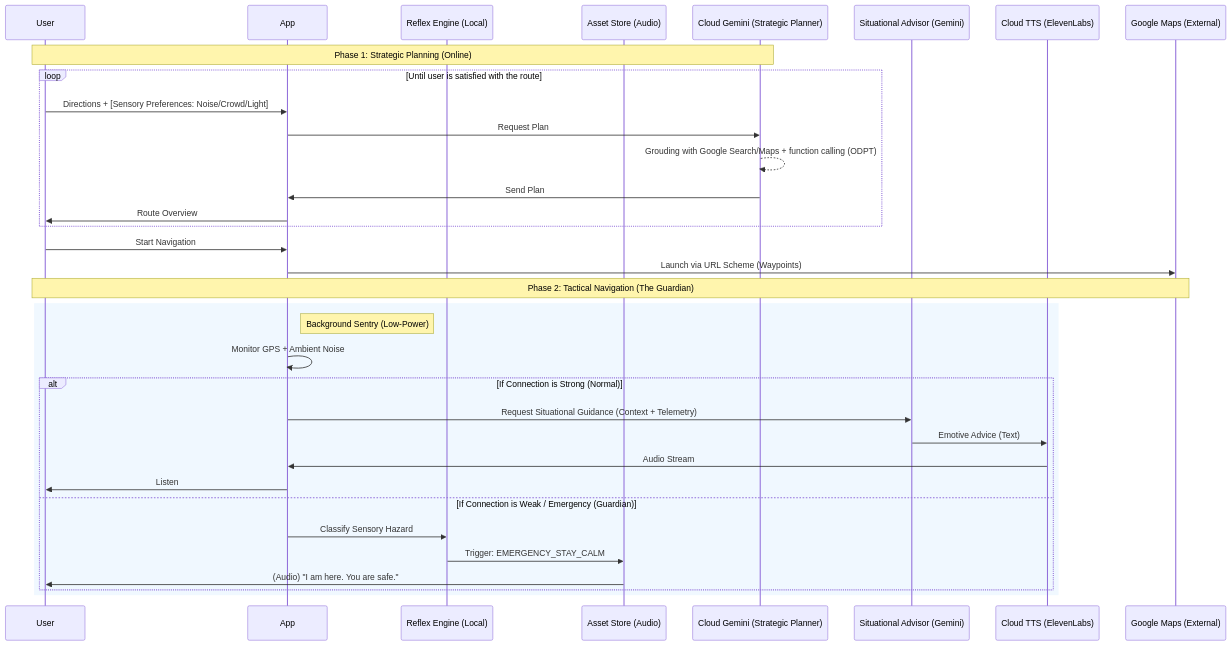
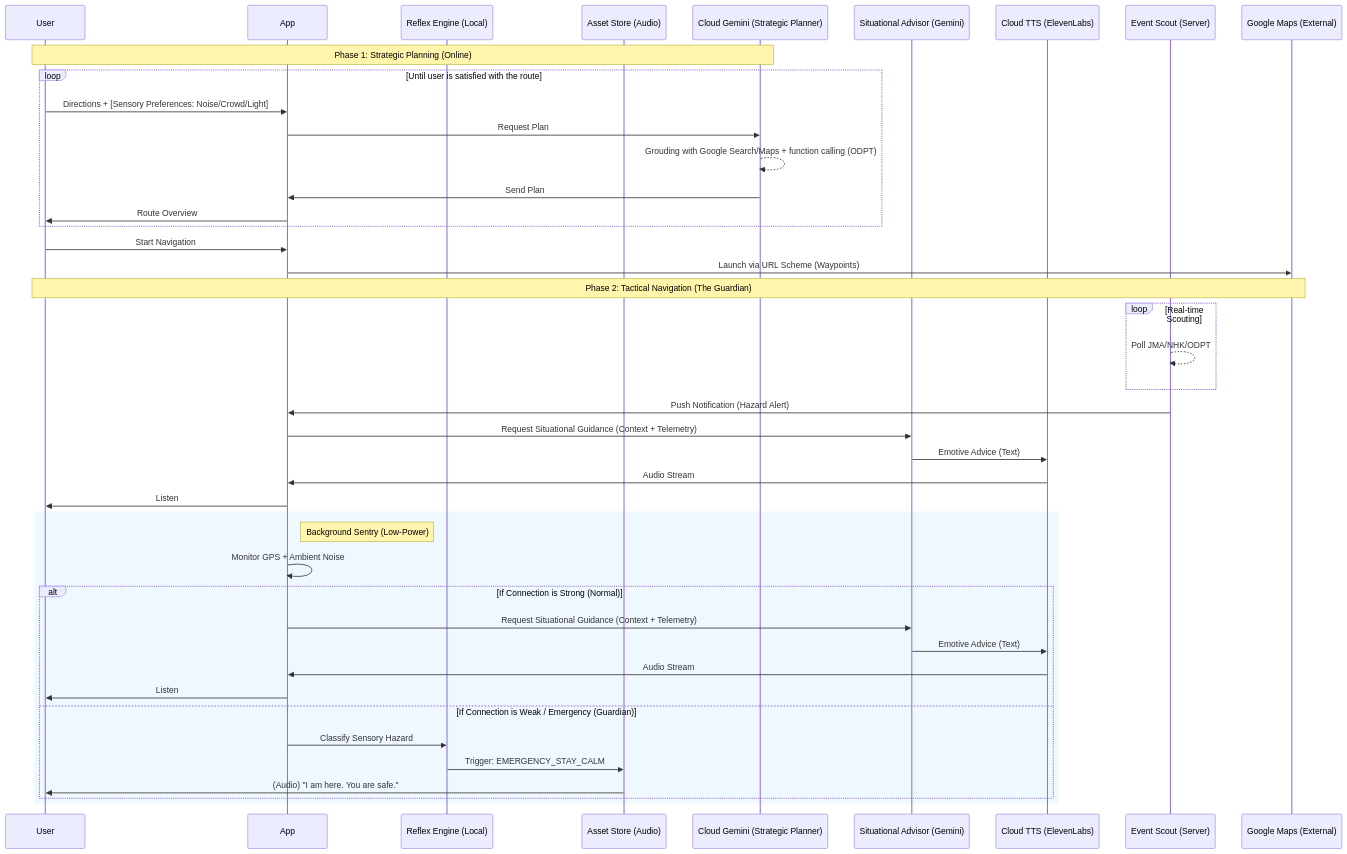
One commit to keiseiisobe/pocket-secure-base changed the second of 2 diagrams in docs/ARCHITECTURE.md. Above: the diagram before and after it, drawn with Mermaid. The commit also changed 1 other file, not shown here.

Commit message:
modified flow diagram

````diff
--- a/docs/ARCHITECTURE.md
+++ b/docs/ARCHITECTURE.md
@@ -52,41 +52,52 @@
 ```mermaid
 sequenceDiagram
     participant User
     participant App
     participant LocalAI as Reflex Engine (Local)
     participant Assets as Asset Store (Audio)
     participant CloudAI as Cloud Gemini (Strategic Planner)
     participant Advisor as Situational Advisor (Gemini)
     participant CloudTTS as Cloud TTS (ElevenLabs)
+    participant Batch as Event Scout (Server)
     participant NativeMaps as Google Maps (External)
 
     Note over User, CloudAI: Phase 1: Strategic Planning (Online)
     loop Until user is satisfied with the route
         User->>App: Directions + [Sensory Preferences: Noise/Crowd/Light]
         App->>CloudAI: Request Plan
         CloudAI-->>CloudAI: Grouding with Google Search/Maps + function calling (ODPT)
         CloudAI->>App: Send Plan
         App->>User: Route Overview
     end
     
 	User->>App: Start Navigation
     App->>NativeMaps: Launch via URL Scheme (Waypoints)
 
     Note over User, NativeMaps: Phase 2: Tactical Navigation (The Guardian)
     
+    loop Real-time Scouting
+        Batch-->>Batch: Poll JMA/NHK/ODPT
+    end
+    
+    Batch->>App: Push Notification (Hazard Alert)
+    App->>Advisor: Request Situational Guidance (Context + Telemetry)
+    Advisor->>CloudTTS: Emotive Advice (Text)
+    CloudTTS->>App: Audio Stream
+    App->>User: Listen
+
     rect rgb(240, 248, 255)
         Note right of App: Background Sentry (Low-Power)
         App->>App: Monitor GPS + Ambient Noise
         
         alt If Connection is Strong (Normal)
             App->>Advisor: Request Situational Guidance (Context + Telemetry)
             Advisor->>CloudTTS: Emotive Advice (Text)
             CloudTTS->>App: Audio Stream
             App->>User: Listen
         else If Connection is Weak / Emergency (Guardian)
             App->>LocalAI: Classify Sensory Hazard
             LocalAI->>Assets: Trigger: EMERGENCY_STAY_CALM
             Assets->>User: (Audio) "I am here. You are safe."
         end
     end
 ```
````
